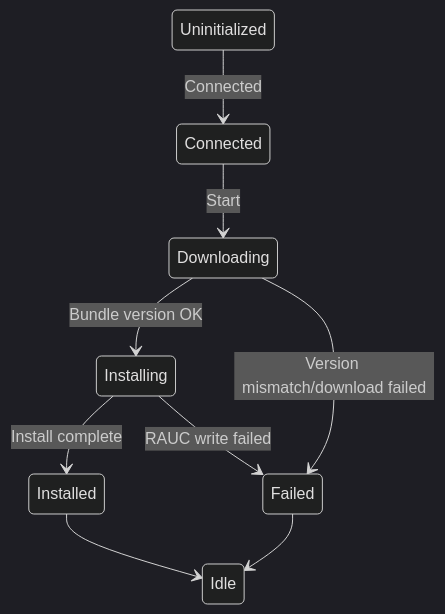
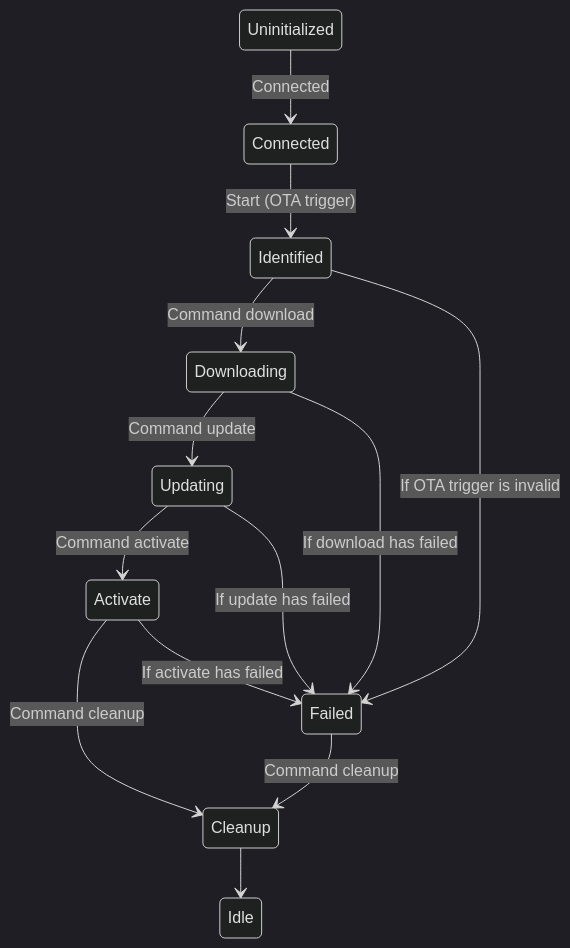
One commit to eclipse-leda/leda-contrib-self-update-agent changed the second of 2 diagrams in README.md. Above: the diagram before and after it, drawn with Mermaid (dark theme). The commit also changed other lines of this file and 6 other files, not shown here.

````diff
--- a/README.md
+++ b/README.md
@@ -47,11 +66,15 @@
 ```mermaid
 stateDiagram
     Uninitialized --> Connected: Connected
-    Connected --> Downloading: Start
-    Downloading --> Installing: Bundle version OK
-    Installing --> Installed: Install complete
-    Installing --> Failed: RAUC write failed
-    Downloading --> Failed: Version mismatch/download failed
-    Installed --> Idle
-    Failed --> Idle
+    Connected --> Identified: Start (OTA trigger)
+    Identified --> Downloading: Command download
+    Identified --> Failed: If OTA trigger is invalid
+    Downloading --> Updating: Command update
+    Downloading --> Failed: If download has failed
+    Updating --> Activate: Command activate
+    Updating --> Failed: If update has failed
+    Activate --> Cleanup: Command cleanup
+    Activate --> Failed: If activate has failed
+    Failed --> Cleanup: Command cleanup
+    Cleanup --> Idle
 ```
````
